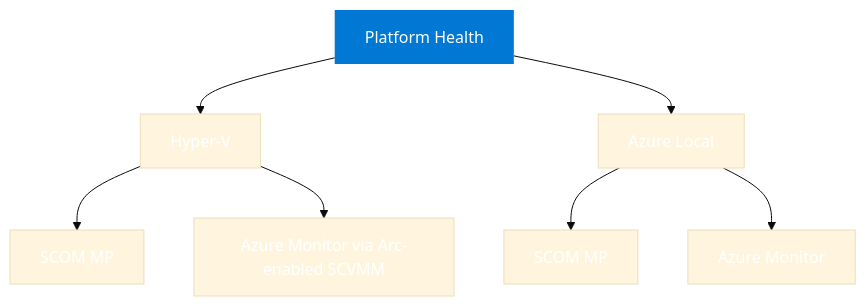
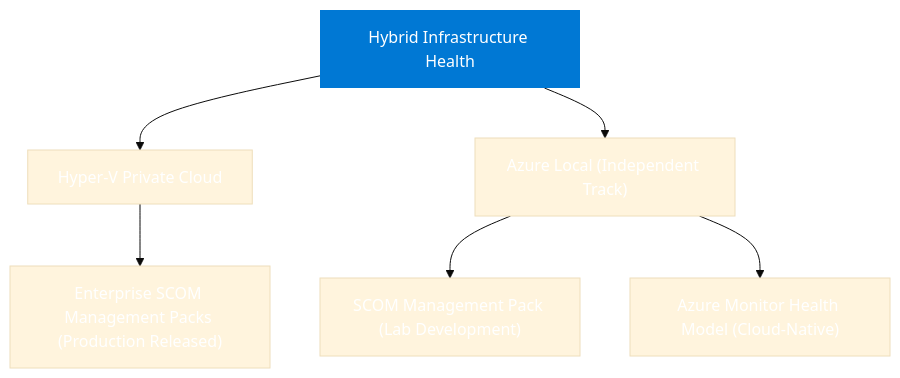
One commit to Hybrid-Solutions-Cloud/hybrid-health-monitoring changed the diagram in docs/index.md. Above: the diagram before and after it, drawn with Mermaid (base theme). The commit also changed other lines of this file and 98 other files, not shown here.

Commit message:
feat(hyper-v): implement 2-pack override model and central operator tasks AB#7319

````diff
--- a/docs/index.md
+++ b/docs/index.md
@@ -48,12 +48,11 @@
 ```mermaid
 graph TD
-    Root["Platform Health"]:::root
-    Root --> HV["Hyper-V"]
-    Root --> AzL["Azure Local"]
-    HV --> HVS["SCOM MP"]
-    HV --> HVA["Azure Monitor via Arc-enabled SCVMM"]
-    AzL --> AzLS["SCOM MP"]
-    AzL --> AzLA["Azure Monitor"]
+    Root["Hybrid Infrastructure Health"]:::root
+    Root --> HV["Hyper-V Private Cloud"]
+    Root --> AzL["Azure Local (Independent Track)"]
+    HV --> HVS["Enterprise SCOM Management Packs (Production Released)"]
+    AzL --> AzLS["SCOM Management Pack (Lab Development)"]
+    AzL --> AzLA["Azure Monitor Health Model (Cloud-Native)"]
 
     classDef root fill:#0078D4,color:#fff,stroke:none
 ```
````
